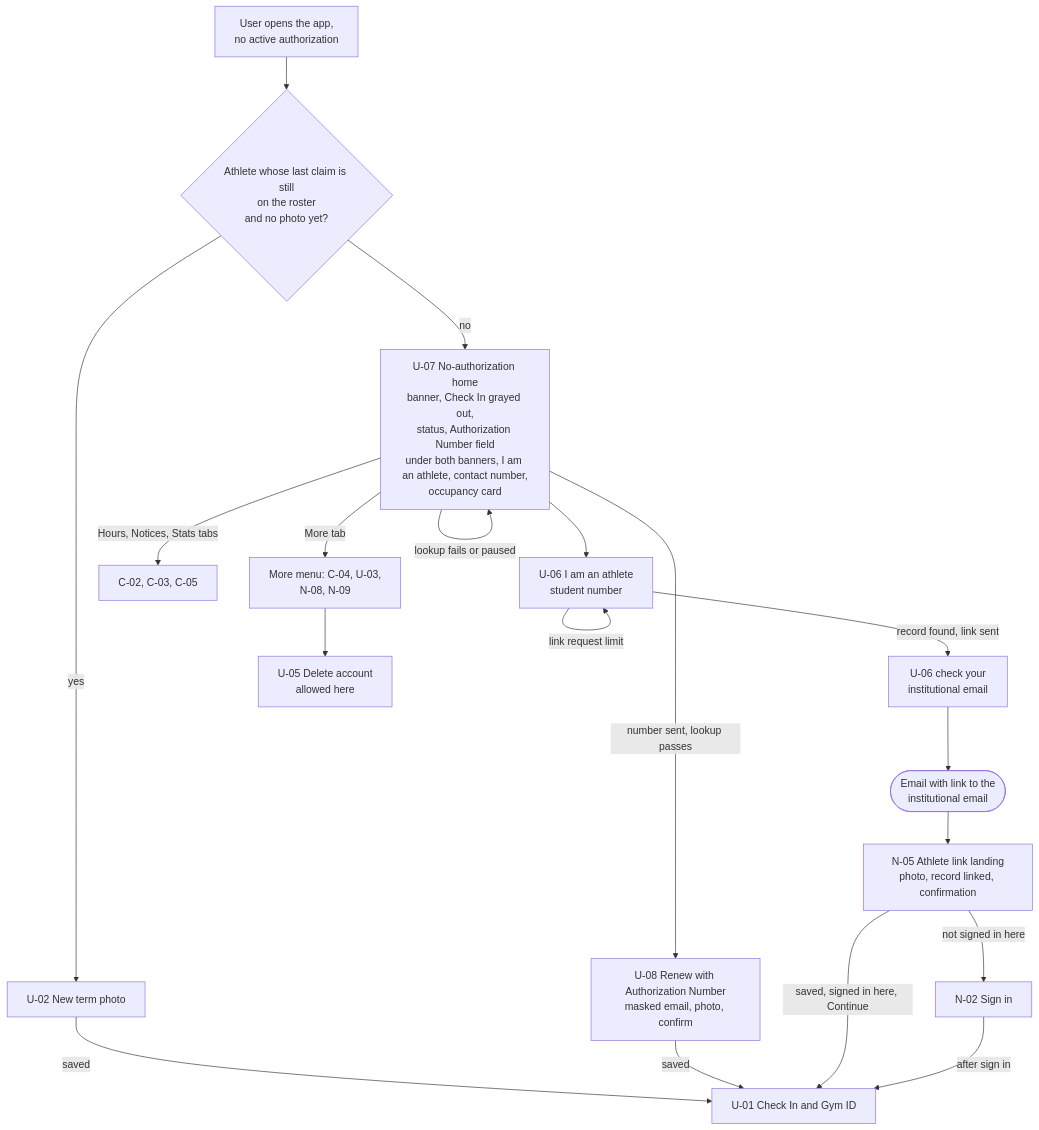
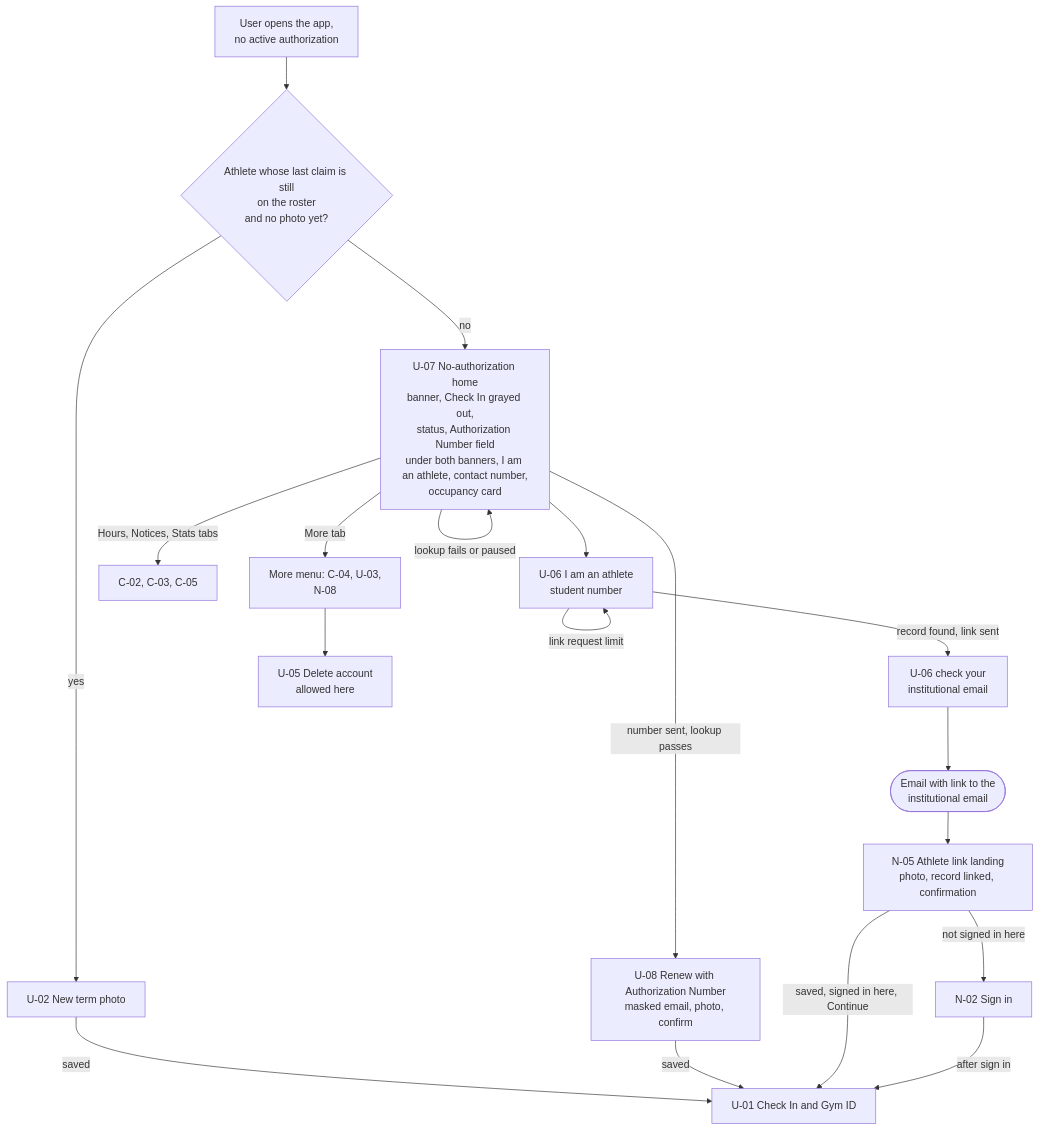
Before and after one commit to Th3-Minorities/natatorio-gym-app: the third of 7 diagrams in docs/design/screen-map.md, drawn with Mermaid. The commit also changed other lines of this file and 24 other files, not shown here.

````diff
--- a/docs/design/screen-map.md
+++ b/docs/design/screen-map.md
@@ -85,21 +84,21 @@
 ```mermaid
 flowchart TD
   OPEN["User opens the app,<br/>no active authorization"] --> T{"Athlete whose last claim is still<br/>on the roster<br/>and no photo yet?"}
   T -->|"yes"| U02["U-02 New term photo"]
   U02 -->|"saved"| U01["U-01 Check In and Gym ID"]
   T -->|"no"| U07["U-07 No-authorization home<br/>banner, Check In grayed out,<br/>status, Authorization Number field<br/>under both banners, I am an athlete, contact number,<br/>occupancy card"]
   U07 -->|"number sent, lookup passes"| U08["U-08 Renew with Authorization Number<br/>masked email, photo, confirm"]
   U07 -->|"lookup fails or paused"| U07
   U08 -->|"saved"| U01
   U07 --> U06["U-06 I am an athlete<br/>student number"]
   U06 -->|"record found, link sent"| U06M["U-06 check your<br/>institutional email"]
   U06 -->|"link request limit"| U06
   U06M --> MAIL(["Email with link to the<br/>institutional email"])
   MAIL --> N05["N-05 Athlete link landing<br/>photo, record linked, confirmation"]
   N05 -->|"saved, signed in here, Continue"| U01
   N05 -->|"not signed in here"| N02["N-02 Sign in"]
   N02 -->|"after sign in"| U01
   U07 -->|"Hours, Notices, Stats tabs"| SH["C-02, C-03, C-05"]
-  U07 -->|"More tab"| MORE["More menu: C-04, U-03,<br/>N-08, N-09"]
+  U07 -->|"More tab"| MORE["More menu: C-04, U-03,<br/>N-08"]
   MORE --> U05["U-05 Delete account<br/>allowed here"]
 ```
````
